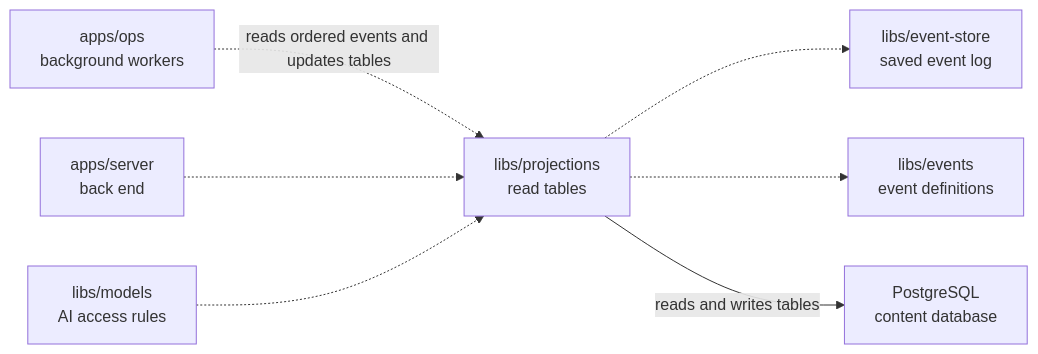
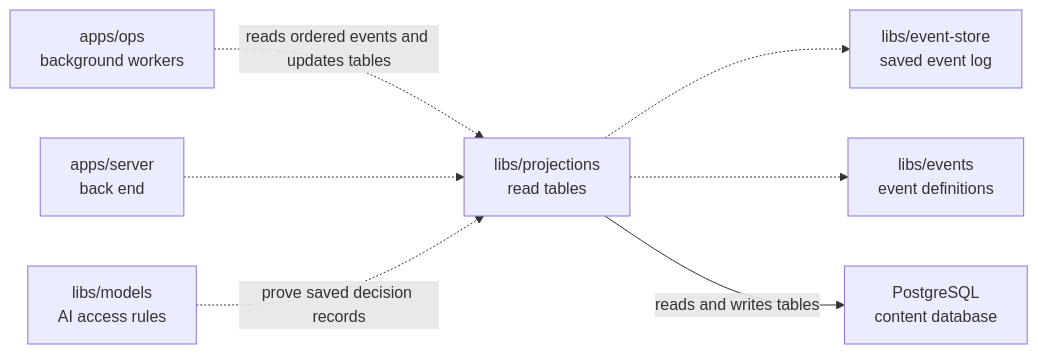
One commit to elewa-git/opencrane-new changed the diagram in libs/projections/README.md. Above: the diagram before and after it, drawn with Mermaid. The commit also changed other lines of this file and 105 other files, not shown here.

````diff
--- a/libs/projections/README.md
+++ b/libs/projections/README.md
@@ -19,9 +19,9 @@
 ```mermaid
 flowchart LR
   ops["apps/ops<br/>background workers"] -.->|reads ordered events and updates tables| projections["libs/projections<br/>read tables"]
   server["apps/server<br/>back end"] -.-> projections
-  models["libs/models<br/>AI access rules"] -.-> projections
+  models["libs/models<br/>AI access rules"] -.->|prove saved decision records| projections
   projections -.-> store["libs/event-store<br/>saved event log"]
   projections -.-> events["libs/events<br/>event definitions"]
   projections -->|reads and writes tables| pg["PostgreSQL<br/>content database"]
 ```
````
